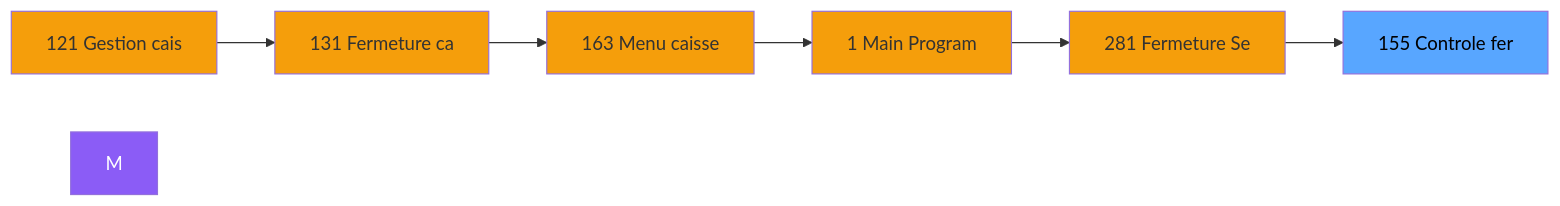
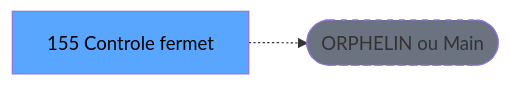
Before and after one commit to thonyAGP/lecteur-magic: the second of 3 diagrams in .openspec/specs/ADH-IDE-155.md, drawn with Mermaid. The commit also changed other lines of this file and 701 other files, not shown here.

````diff
--- a/.openspec/specs/ADH-IDE-155.md
+++ b/.openspec/specs/ADH-IDE-155.md
@@ -149,21 +137,8 @@
 ```mermaid
 graph LR
-    N121[121 Gestion cais]
-    N131[131 Fermeture ca]
-    N163[163 Menu caisse ]
-    N1[1 Main Program]
-    N281[281 Fermeture Se]
-    T[155 Controle fer]
-    N121 --> N131
-    N131 --> N163
-    N163 --> N1
-    N1 --> N281
-    N281 --> T
-    style M fill:#8b5cf6,color:#fff
-    style N121 fill:#f59e0b
-    style N131 fill:#f59e0b
-    style N163 fill:#f59e0b
-    style N1 fill:#f59e0b
-    style N281 fill:#f59e0b
+    T[155 Controle fermet]
+    ORPHAN([ORPHELIN ou Main])
+    T -.-> ORPHAN
     style T fill:#58a6ff,color:#000
+    style ORPHAN fill:#6b7280,stroke-dasharray: 5 5
 ```
````
